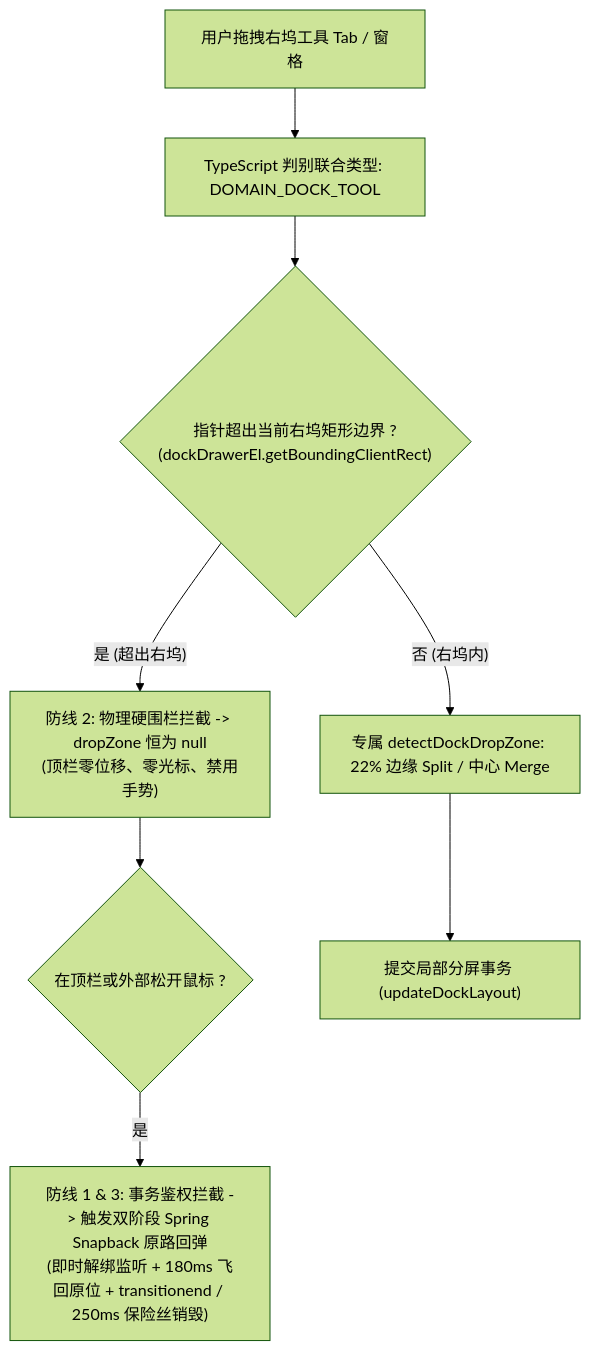
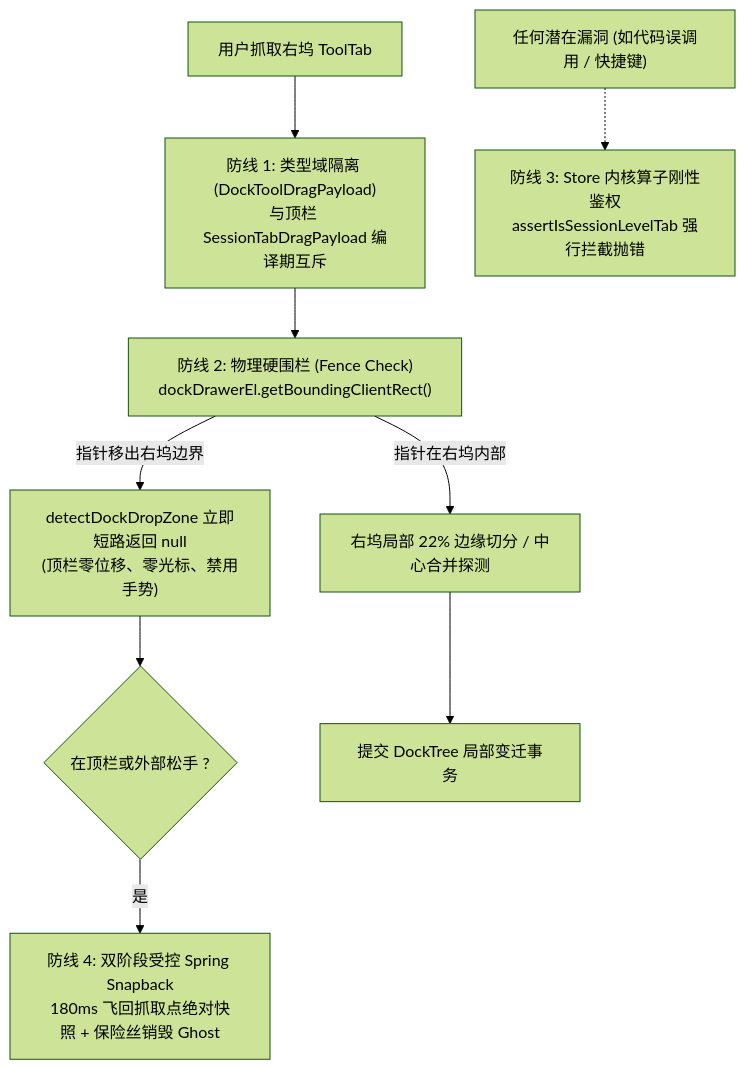
One commit to atobelix/crish changed the second of 3 diagrams in docs/dock-split-system/00-总方案.md. Above: the diagram before and after it, drawn with Mermaid (forest theme). The commit also changed other lines of this file and 98 other files, not shown here.

First line of the commit message:
feat(dock): land split dock topology, multi-pane runtime and standalone terminal [BATCH-DOCK-SPLIT]

````diff
--- a/docs/dock-split-system/00-总方案.md
+++ b/docs/dock-split-system/00-总方案.md
@@ -194,10 +710,12 @@
 ```mermaid
 flowchart TD
-    DragStart["用户拖拽右坞工具 Tab / 窗格"] --> TypeTag["TypeScript 判别联合类型: DOMAIN_DOCK_TOOL"]
-    TypeTag --> FenceCheck{"指针超出当前右坞矩形边界 ?<br>(dockDrawerEl.getBoundingClientRect)"}
-    FenceCheck -- 是 (超出右坞) --> HardNull["防线 2: 物理硬围栏拦截 -> dropZone 恒为 null<br>(顶栏零位移、零光标、禁用手势)"]
-    HardNull --> DropOutside{"在顶栏或外部松开鼠标 ?"}
-    DropOutside -- 是 --> TwoPhaseSnapback["防线 1 & 3: 事务鉴权拦截 -> 触发双阶段 Spring Snapback 原路回弹<br>(即时解绑监听 + 180ms 飞回原位 + transitionend / 250ms 保险丝销毁)"]
-    FenceCheck -- 否 (右坞内) --> SplitDetect["专属 detectDockDropZone: 22% 边缘 Split / 中心 Merge"]
-    SplitDetect --> LocalCommit["提交局部分屏事务 (updateDockLayout)"]
+    DragAction["用户抓取右坞 ToolTab"] --> Step1["防线 1: 类型域隔离 (DockToolDragPayload)<br>与顶栏 SessionTabDragPayload 编译期互斥"]
+    Step1 --> Step2["防线 2: 物理硬围栏 (Fence Check)<br>dockDrawerEl.getBoundingClientRect()"]
+    Step2 -- 指针移出右坞边界 --> NullDrop["detectDockDropZone 立即短路返回 null<br>(顶栏零位移、零光标、禁用手势)"]
+    NullDrop --> ReleaseOuter{"在顶栏或外部松手 ?"}
+    ReleaseOuter -- 是 --> Step4["防线 4: 双阶段受控 Spring Snapback<br>180ms 飞回抓取点绝对快照 + 保险丝销毁 Ghost"]
+    Step2 -- 指针在右坞内部 --> DetectInner["右坞局部 22% 边缘切分 / 中心合并探测"]
+    DetectInner --> LocalCommit["提交 DockTree 局部变迁事务"]
+    
+    AnyLeak["任何潜在漏洞 (如代码误调用 / 快捷键)"] -.-> Step3["防线 3: Store 内核算子刚性鉴权<br>assertIsSessionLevelTab 强行拦截抛错"]
 ```
````
